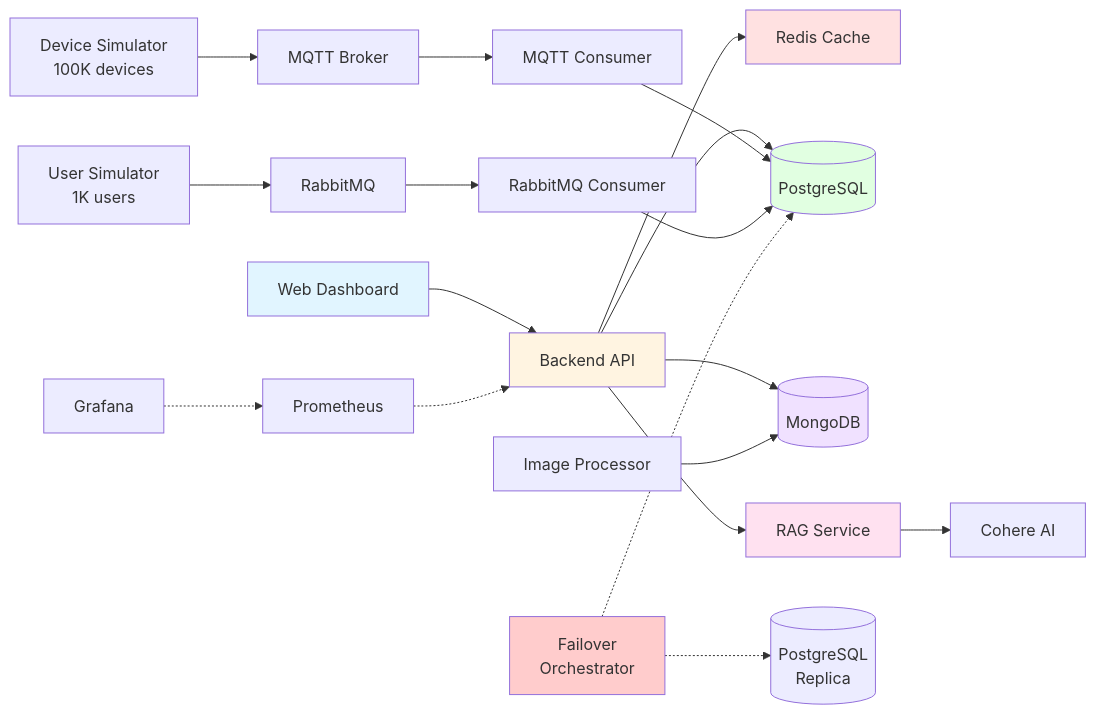
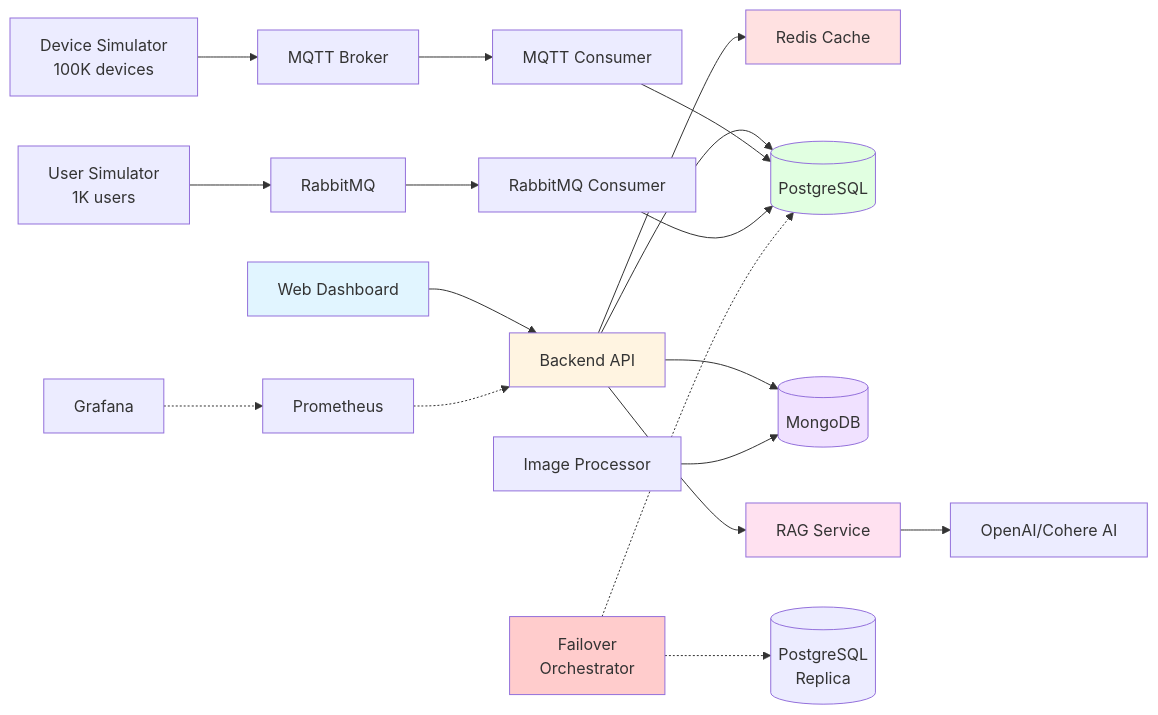
Before and after one commit to ConnectBest/EntSystemsHackaton: the diagram in README.md, drawn with Mermaid. The commit also changed other lines of this file and 3 other files, not shown here.

````diff
--- a/README.md
+++ b/README.md
@@ -385,34 +387,34 @@
 ```mermaid
 graph LR
     Frontend[Web Dashboard] --> API[Backend API]
     API --> Cache[Redis Cache]
     API --> DB[(PostgreSQL)]
     API --> Mongo[(MongoDB)]
     API --> RAG[RAG Service]
 
     Devices[Device Simulator<br/>100K devices] --> MQTT[MQTT Broker]
     Users[User Simulator<br/>1K users] --> RabbitMQ
 
     MQTT --> Consumer1[MQTT Consumer]
     RabbitMQ --> Consumer2[RabbitMQ Consumer]
 
     Consumer1 --> DB
     Consumer2 --> DB
 
-    RAG --> Cohere[Cohere AI]
+    RAG --> AIProvider[OpenAI/Cohere AI]
     ImgProc[Image Processor] --> Mongo
 
     Failover[Failover<br/>Orchestrator] -.-> DB
     Failover -.-> DBReplica[(PostgreSQL<br/>Replica)]
 
     Prom[Prometheus] -.-> API
     Grafana -.-> Prom
 
     style Frontend fill:#e1f5ff
     style API fill:#fff4e1
     style Cache fill:#ffe1e1
     style DB fill:#e1ffe1
     style Mongo fill:#f0e1ff
     style RAG fill:#ffe1f0
     style Failover fill:#ffcccc
 ```
````
